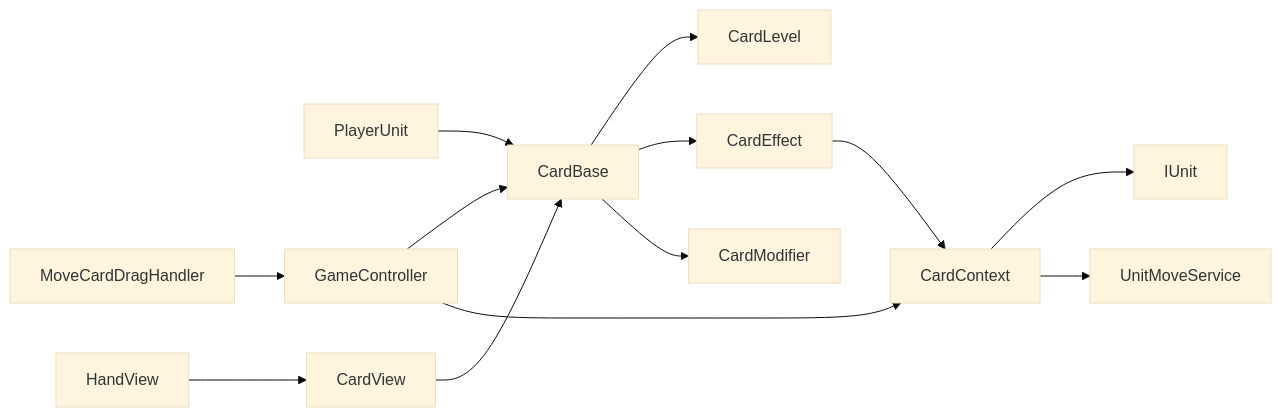
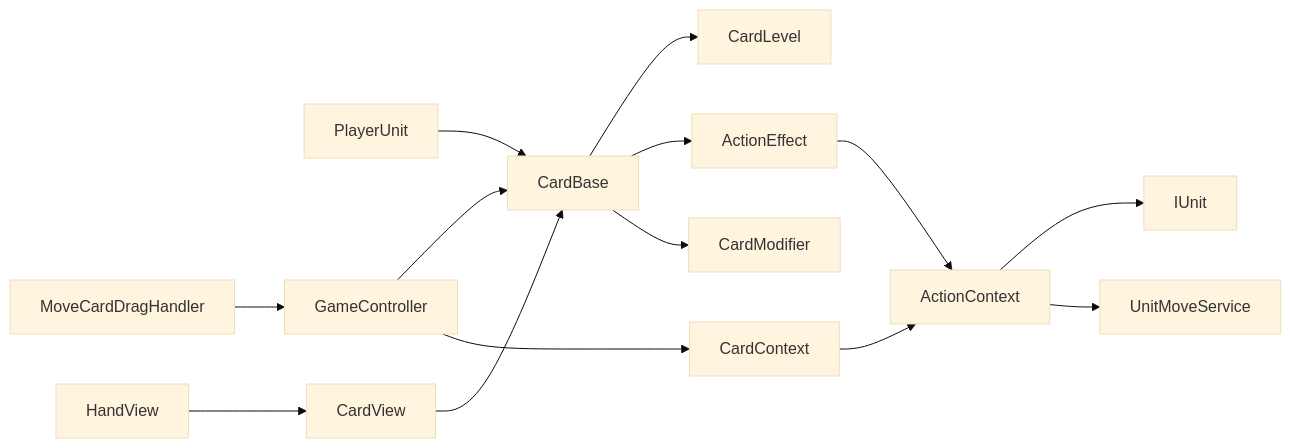
Before and after one commit to Yuki-Komatsu1208/TestCardGame: the diagram in Documents/Architecture/CardArch/README.md, drawn with Mermaid (base theme). The commit also changed other lines of this file and 32 other files, not shown here.

Commit message:
Refactor card effects into shared action effects

````diff
--- a/Documents/Architecture/CardArch/README.md
+++ b/Documents/Architecture/CardArch/README.md
@@ -30,15 +34,16 @@
 ```mermaid
 flowchart LR
     PlayerUnit --> CardBase
     HandView --> CardView
     CardView --> CardBase
     MoveCardDragHandler --> GameController
     GameController --> CardBase
     GameController --> CardContext
     CardBase --> CardLevel
-    CardBase --> CardEffect
+    CardBase --> ActionEffect
     CardBase --> CardModifier
-    CardEffect --> CardContext
-    CardContext --> IUnit
-    CardContext --> UnitMoveService
+    CardContext --> ActionContext
+    ActionEffect --> ActionContext
+    ActionContext --> IUnit
+    ActionContext --> UnitMoveService
 ```
````
